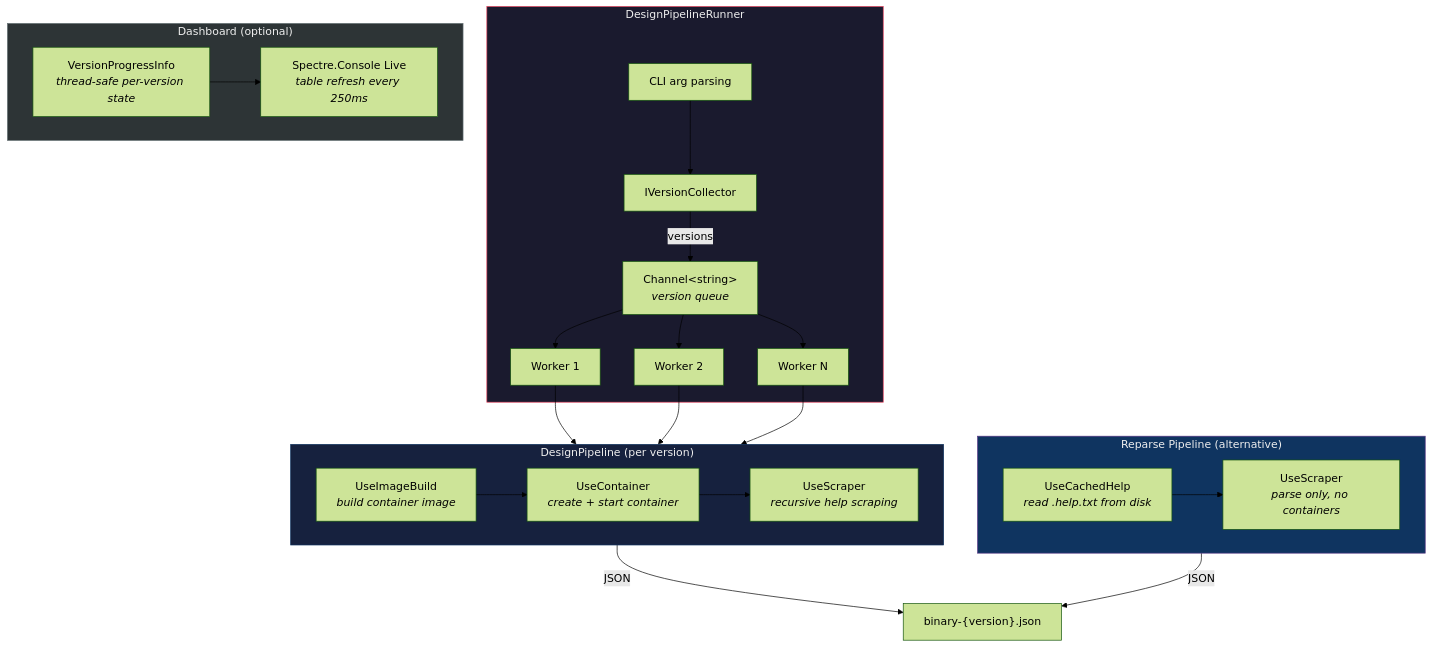
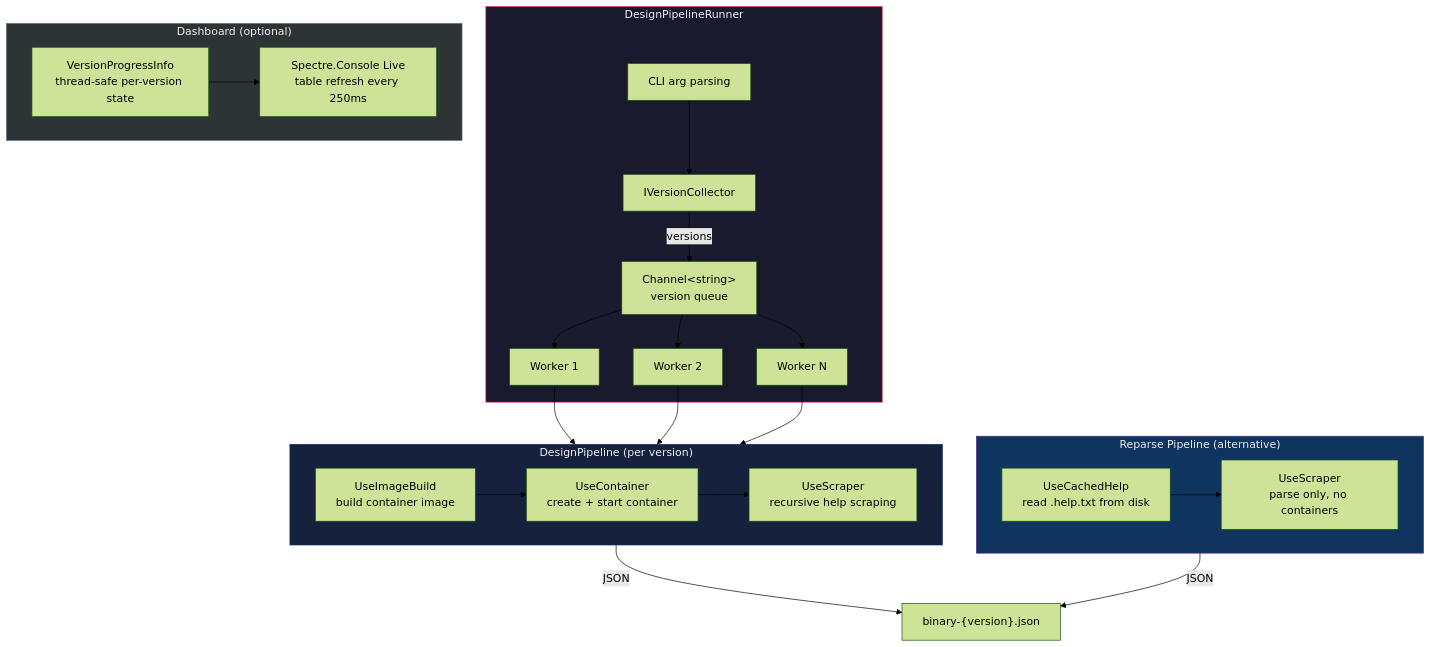
Diagram 11 of 14 in Net/FrenchExDev/BinaryWrapper/doc/ARCHITECTURE.md (FrenchExDev/FrenchExDev), drawn with Mermaid (forest theme) before and after one commit. The commit also changed other lines of this file and 2 other files, not shown here.

````diff
--- a/Net/FrenchExDev/BinaryWrapper/doc/ARCHITECTURE.md
+++ b/Net/FrenchExDev/BinaryWrapper/doc/ARCHITECTURE.md
@@ -807,48 +807,48 @@
 ```mermaid
 flowchart TD
     subgraph Runner["DesignPipelineRunner"]
         CLI["CLI arg parsing"]
         VC["IVersionCollector"]
-        CH["Channel#lt;string#gt;<br><i>version queue</i>"]
+        CH["Channel#lt;string#gt;<br>version queue"]
         W1["Worker 1"]
         W2["Worker 2"]
         WN["Worker N"]
 
         CLI --> VC
         VC -->|"versions"| CH
         CH --> W1
         CH --> W2
         CH --> WN
     end
 
     subgraph Pipeline["DesignPipeline (per version)"]
-        M1["UseImageBuild<br><i>build container image</i>"]
-        M2["UseContainer<br><i>create + start container</i>"]
-        M3["UseScraper<br><i>recursive help scraping</i>"]
+        M1["UseImageBuild<br>build container image"]
+        M2["UseContainer<br>create + start container"]
+        M3["UseScraper<br>recursive help scraping"]
         M1 --> M2 --> M3
     end
 
     subgraph Reparse["Reparse Pipeline (alternative)"]
-        R1["UseCachedHelp<br><i>read .help.txt from disk</i>"]
-        R2["UseScraper<br><i>parse only, no containers</i>"]
+        R1["UseCachedHelp<br>read .help.txt from disk"]
+        R2["UseScraper<br>parse only, no containers"]
         R1 --> R2
     end
 
     W1 --> Pipeline
     W2 --> Pipeline
     WN --> Pipeline
 
     Pipeline -->|"JSON"| OUT["binary-{version}.json"]
     Reparse -->|"JSON"| OUT
 
     subgraph Dashboard["Dashboard (optional)"]
-        PROG["VersionProgressInfo<br><i>thread-safe per-version state</i>"]
-        LIVE["Spectre.Console Live<br><i>table refresh every 250ms</i>"]
+        PROG["VersionProgressInfo<br>thread-safe per-version state"]
+        LIVE["Spectre.Console Live<br>table refresh every 250ms"]
         PROG --> LIVE
     end
 
     style Runner fill:#1a1a2e,stroke:#e94560,color:#eee
     style Pipeline fill:#16213e,stroke:#0f3460,color:#eee
     style Reparse fill:#0f3460,stroke:#533483,color:#eee
     style Dashboard fill:#2d3436,stroke:#636e72,color:#eee
 ```
````
